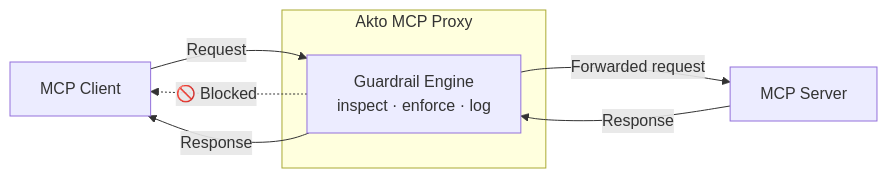
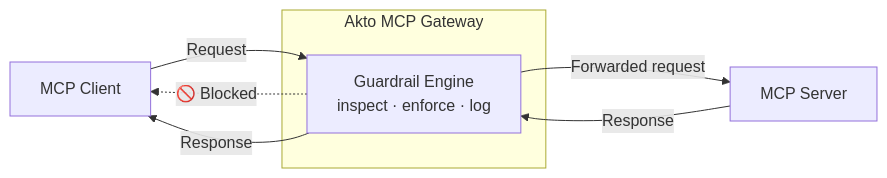
One commit to akto-api-security/Documentation changed the first of 2 diagrams in agentic-guardrails/overview/akto-mcp-proxy.md. Above: the diagram before and after it, drawn with Mermaid. The commit also changed other lines of this file and 8 other files, not shown here.

Commit message:
changing the word proxy to gateway in the docs

````diff
--- a/agentic-guardrails/overview/akto-mcp-proxy.md
+++ b/agentic-guardrails/overview/akto-mcp-proxy.md
@@ -17,16 +17,16 @@
 ```mermaid
 flowchart LR
     client["MCP Client"]
 
-    subgraph proxy["Akto MCP Proxy"]
+    subgraph gateway["Akto MCP Gateway"]
         engine["Guardrail Engine\ninspect · enforce · log"]
     end
 
     server["MCP Server"]
 
     client -->|"Request"| engine
     engine -. "🚫 Blocked" .-> client
     engine -->|"Forwarded request"| server
     server -->|"Response"| engine
     engine -->|"Response"| client
 ```
````
